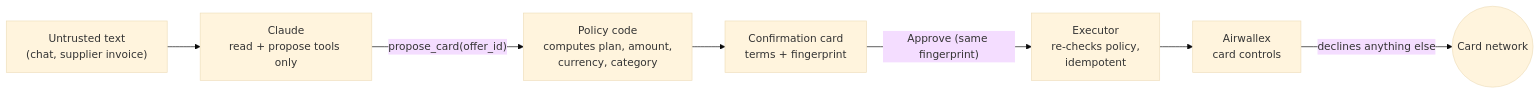
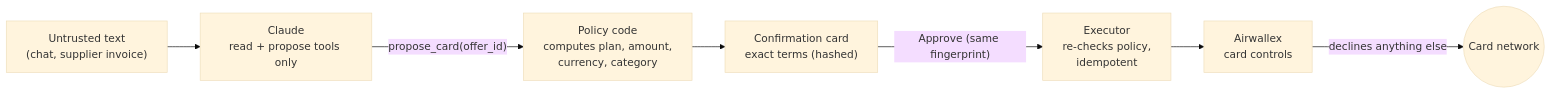
Before and after one commit to AlexjrFS/contabil-pj: the diagram in README.md, drawn with Mermaid (base theme). The commit also changed other lines of this file and 38 other files, not shown here.

````diff
--- a/README.md
+++ b/README.md
@@ -30,9 +41,9 @@
 ```mermaid
 flowchart LR
   T["Untrusted text<br/>(chat, supplier invoice)"] --> M["Claude<br/>read + propose tools only"]
   M -- "propose_card(offer_id)" --> P["Policy code<br/>computes plan, amount,<br/>currency, category"]
-  P --> C["Confirmation card<br/>terms + fingerprint"]
+  P --> C["Confirmation card<br/>exact terms (hashed)"]
   C -- "Approve (same fingerprint)" --> E["Executor<br/>re-checks policy,<br/>idempotent"]
   E --> A["Airwallex<br/>card controls"]
   A -- "declines anything else" --> X(("Card network"))
 ```
````
